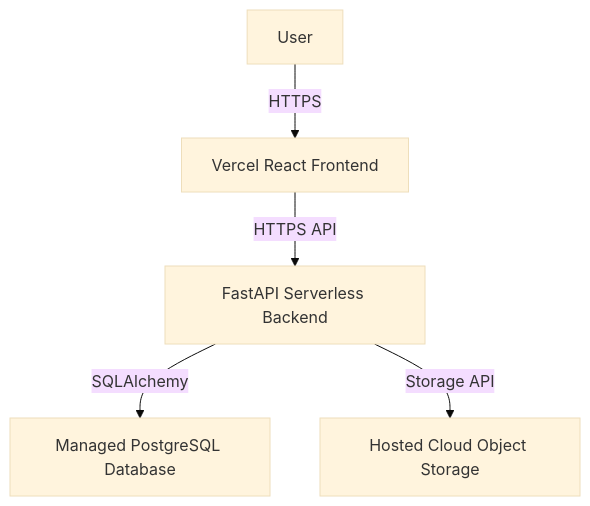
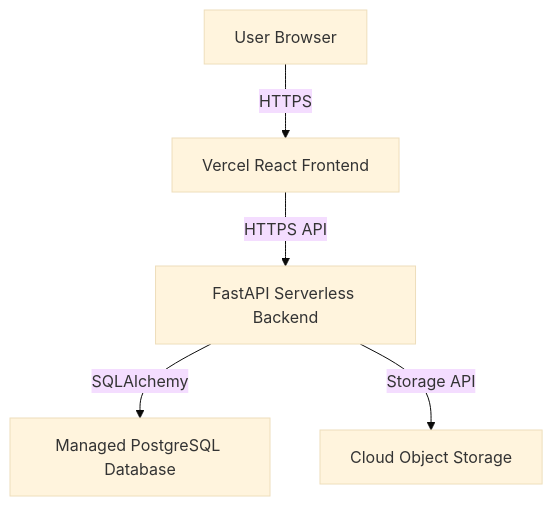
The diagram in README.md (a7hu-15/lost-and-found), drawn with Mermaid (base theme) before and after one commit. The commit also changed other lines of this file, not shown here.

````diff
--- a/README.md
+++ b/README.md
@@ -23,7 +25,7 @@
 ```mermaid
 graph TD
-    A[User] -->|HTTPS| B[Vercel React Frontend]
+    A[User Browser] -->|HTTPS| B[Vercel React Frontend]
     B -->|HTTPS API| C[FastAPI Serverless Backend]
     C -->|SQLAlchemy| D[Managed PostgreSQL Database]
-    C -->|Storage API| E[Hosted Cloud Object Storage]
+    C -->|Storage API| E[Cloud Object Storage]
 ```
````
